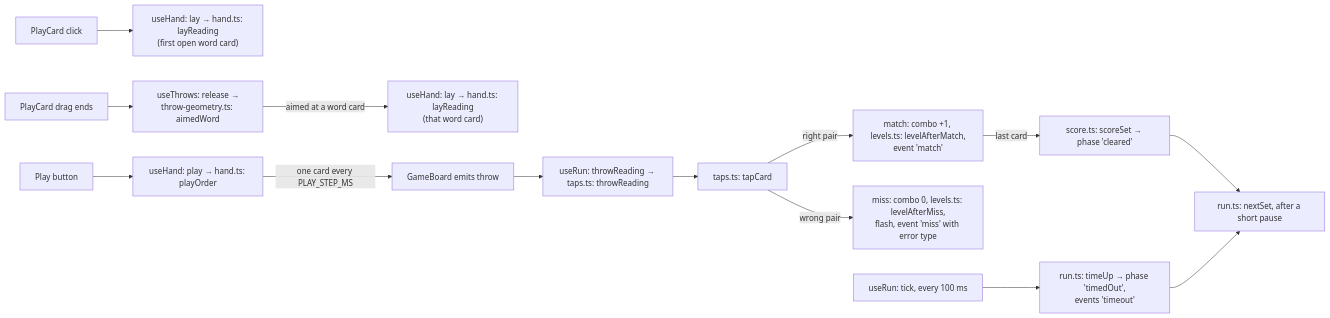
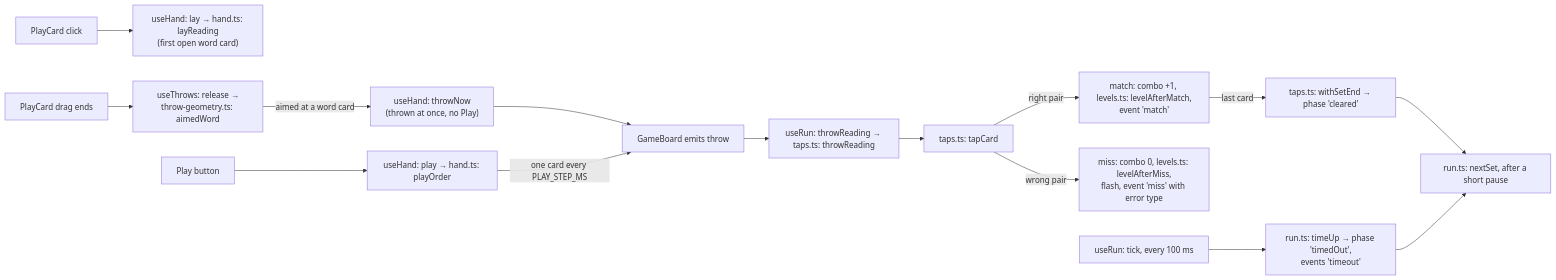
The second of 4 diagrams in docs/guide.md (NabilRobert/juku-arcade), drawn with Mermaid before and after one commit. The commit also changed other lines of this file and 1 other file, not shown here.

````diff
--- a/docs/guide.md
+++ b/docs/guide.md
@@ -54,16 +55,17 @@
 ```mermaid
 flowchart LR
     A["PlayCard click"] --> L["useHand: lay → hand.ts: layReading<br/>(first open word card)"]
     T["PlayCard drag ends"] --> U["useThrows: release →<br/>throw-geometry.ts: aimedWord"]
-    U -->|"aimed at a word card"| L2["useHand: lay → hand.ts: layReading<br/>(that word card)"]
+    U -->|"aimed at a word card"| N["useHand: throwNow<br/>(thrown at once, no Play)"]
+    N --> V
     P["Play button"] --> Q["useHand: play → hand.ts: playOrder"]
     Q -->|"one card every PLAY_STEP_MS"| V["GameBoard emits throw"]
     V --> W["useRun: throwReading → taps.ts: throwReading"]
     W --> D["taps.ts: tapCard"]
     D -->|"right pair"| E["match: combo +1, levels.ts: levelAfterMatch,<br/>event 'match'"]
     D -->|"wrong pair"| F["miss: combo 0, levels.ts: levelAfterMiss,<br/>flash, event 'miss' with error type"]
-    E -->|"last card"| G["score.ts: scoreSet → phase 'cleared'"]
+    E -->|"last card"| G["taps.ts: withSetEnd → phase 'cleared'"]
     H["useRun: tick, every 100 ms"] --> I["run.ts: timeUp → phase 'timedOut',<br/>events 'timeout'"]
     G --> J["run.ts: nextSet, after a short pause"]
     I --> J
 ```
````
